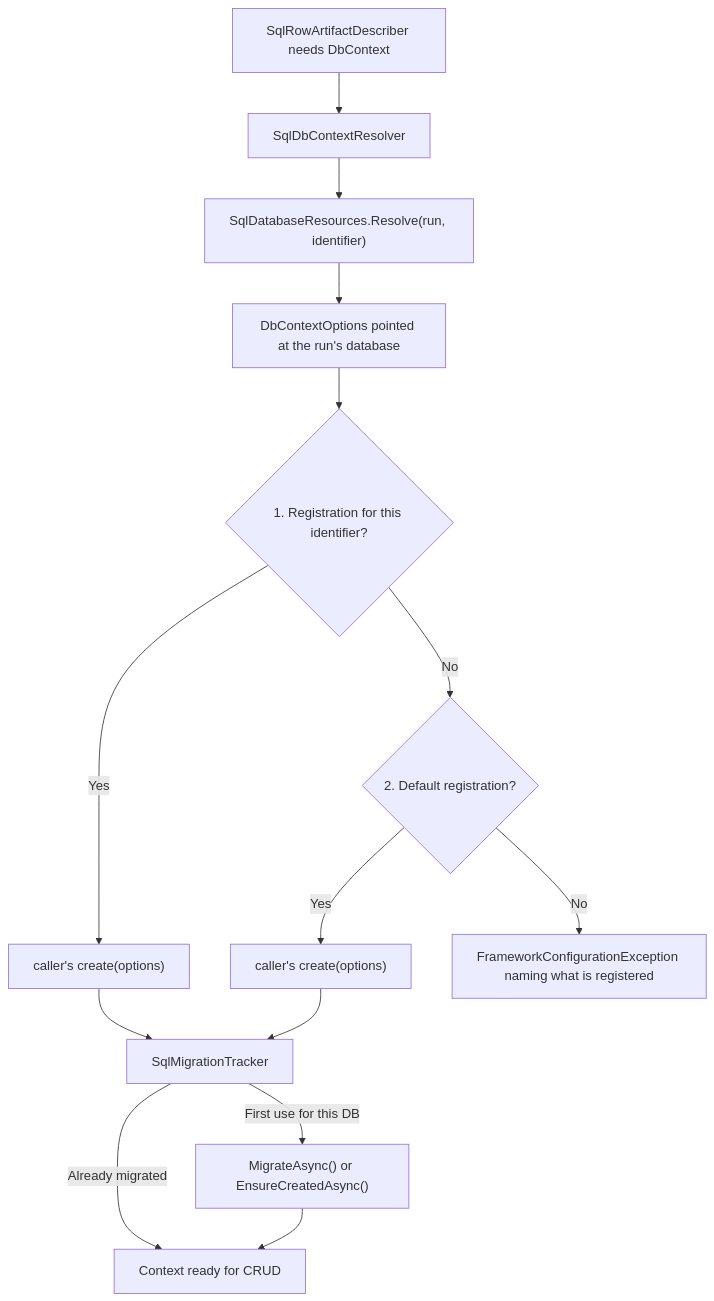
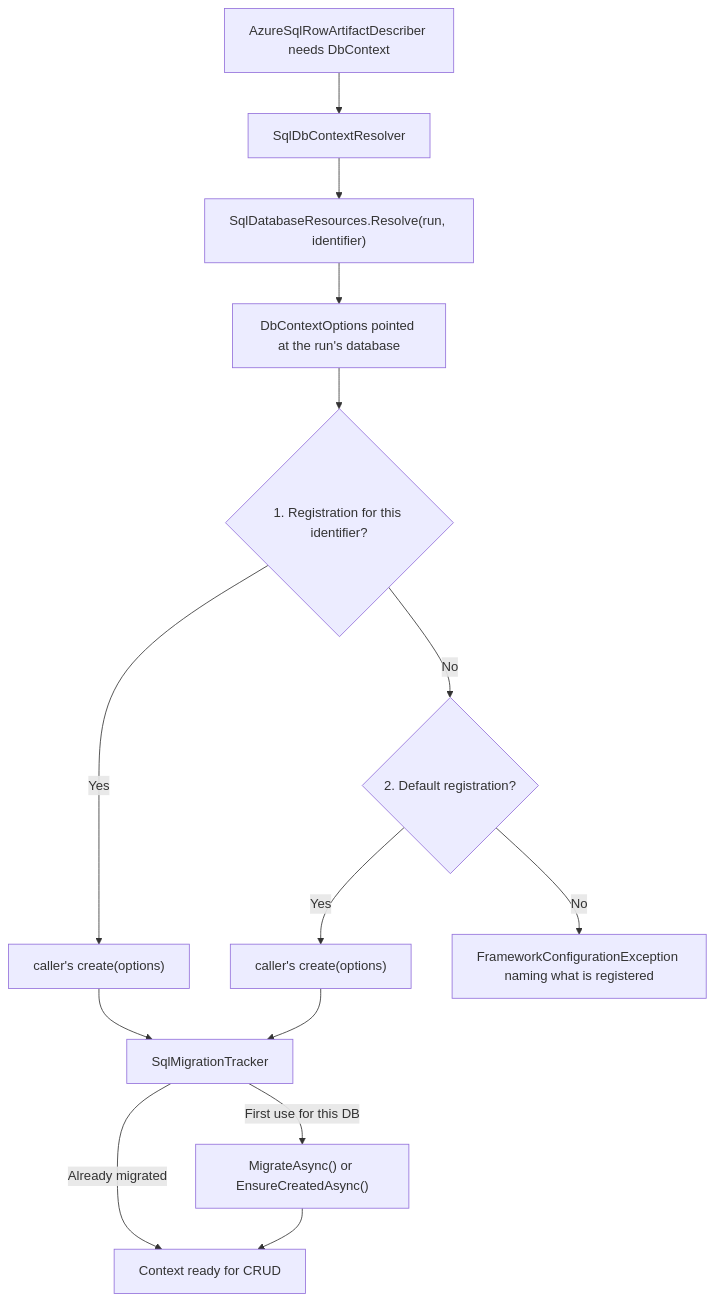
Before and after one commit to DeadMoon0/TestFramework-Azure: the ninth of 17 diagrams in Documentation/Arc42.md, drawn with Mermaid. The commit also changed other lines of this file and 16 other files, not shown here.

````diff
--- a/Documentation/Arc42.md
+++ b/Documentation/Arc42.md
@@ -396,16 +396,16 @@
 ```mermaid
 graph TD
-    REQ["SqlRowArtifactDescriber needs DbContext"] --> RES[SqlDbContextResolver]
+    REQ["AzureSqlRowArtifactDescriber needs DbContext"] --> RES[SqlDbContextResolver]
     RES --> COORD["SqlDatabaseResources.Resolve(run, identifier)"]
     COORD --> OPTS["DbContextOptions pointed at the run's database"]
     OPTS --> T1{"1. Registration for this identifier?"}
     T1 -->|Yes| CTX1["caller's create(options)"]
     T1 -->|No| T3{"2. Default registration?"}
     T3 -->|Yes| CTX3["caller's create(options)"]
     T3 -->|No| ERR[FrameworkConfigurationException naming what is registered]
     CTX1 --> MIG[SqlMigrationTracker]
     CTX3 --> MIG
     MIG -->|First use for this DB| MIGRATE["MigrateAsync() or EnsureCreatedAsync()"]
     MIG -->|Already migrated| READY[Context ready for CRUD]
     MIGRATE --> READY
 ```
````
